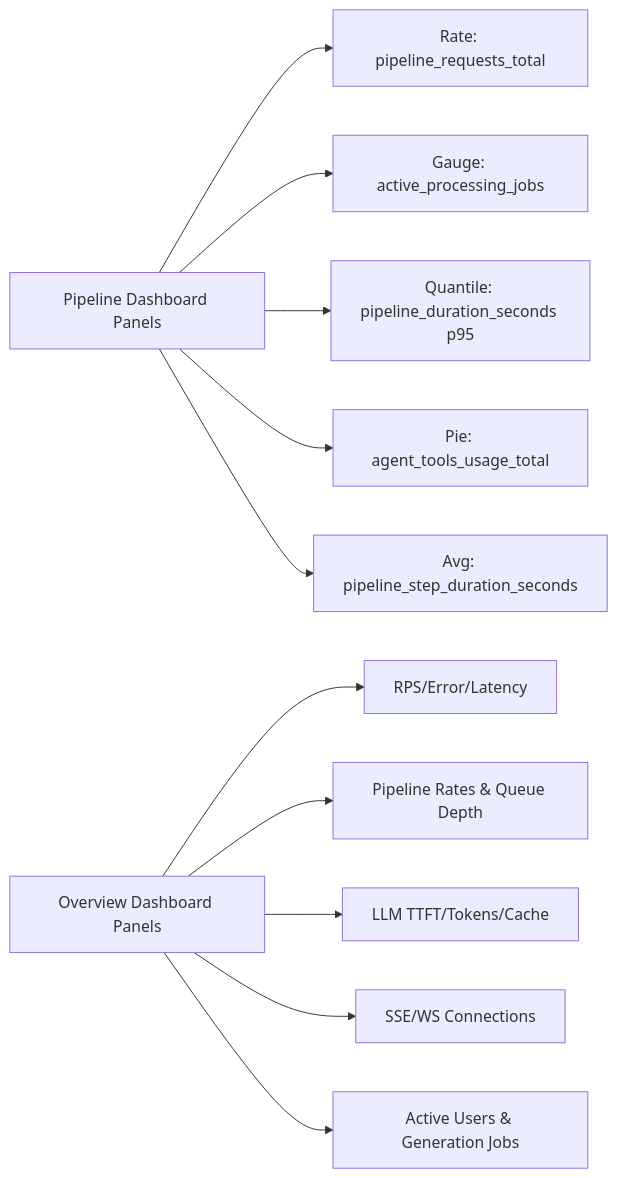
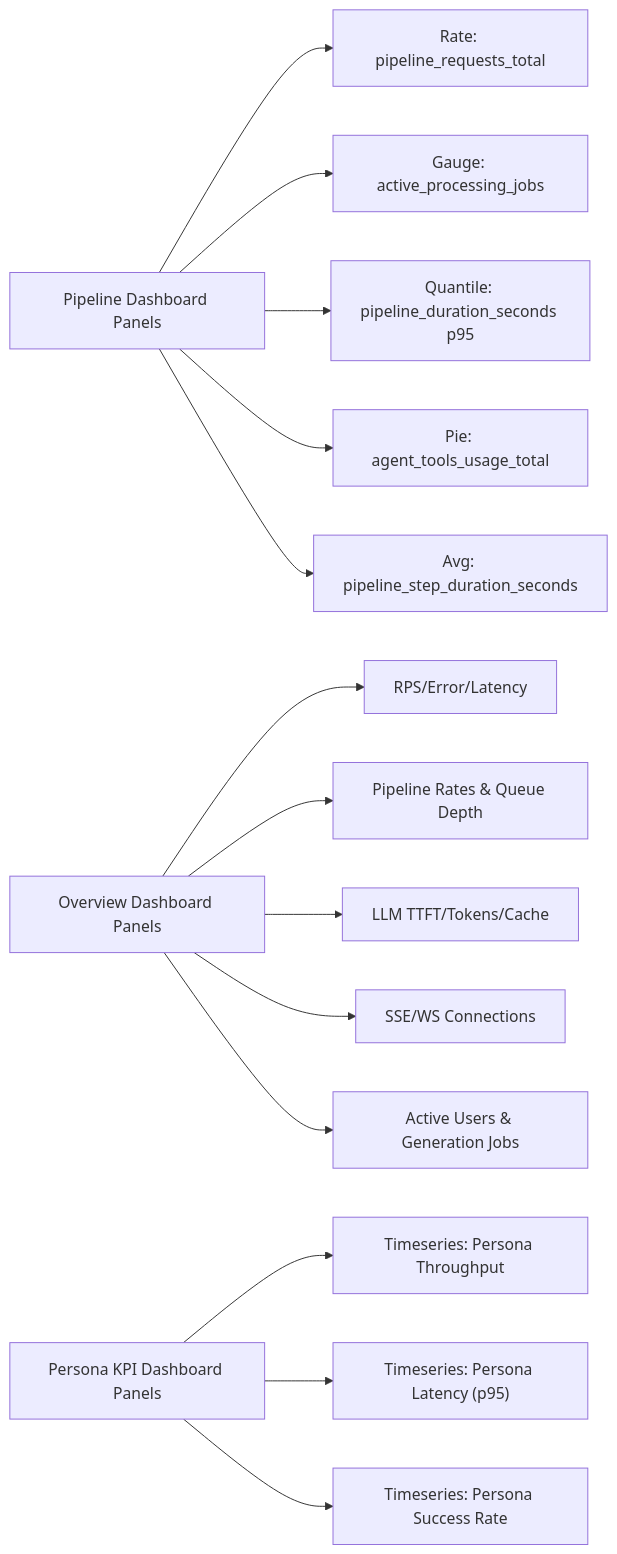
One commit to rohitkumarnaidu/-Auto-AI-Automated-Academic-Docx-Manuscript-Formatter changed the tenth of 12 diagrams in .qoder/repowiki/en/content/Backend Development/Monitoring & Metrics.md. Above: the diagram before and after it, drawn with Mermaid. The commit also changed other lines of this file and 6 other files, not shown here.

````diff
--- a/.qoder/repowiki/en/content/Backend Development/Monitoring & Metrics.md
+++ b/.qoder/repowiki/en/content/Backend Development/Monitoring & Metrics.md
@@ -378,15 +491,19 @@
 ```mermaid
 graph LR
 P["Pipeline Dashboard Panels"]
 O["Overview Dashboard Panels"]
+PK["Persona KPI Dashboard Panels"]
 P --> P1["Rate: pipeline_requests_total"]
 P --> P2["Gauge: active_processing_jobs"]
 P --> P3["Quantile: pipeline_duration_seconds p95"]
 P --> P4["Pie: agent_tools_usage_total"]
 P --> P5["Avg: pipeline_step_duration_seconds"]
 O --> O1["RPS/Error/Latency"]
 O --> O2["Pipeline Rates & Queue Depth"]
 O --> O3["LLM TTFT/Tokens/Cache"]
 O --> O4["SSE/WS Connections"]
 O --> O5["Active Users & Generation Jobs"]
+PK --> PK1["Timeseries: Persona Throughput"]
+PK --> PK2["Timeseries: Persona Latency (p95)"]
+PK --> PK3["Timeseries: Persona Success Rate"]
 ```
````
